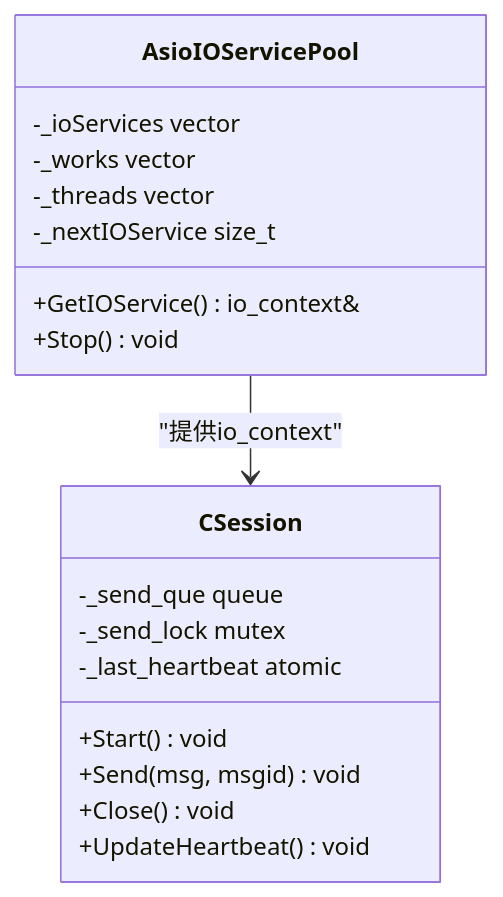
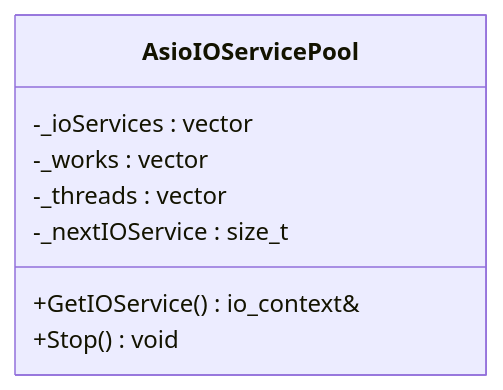
One commit to echo9923/mychatter changed the third of 6 diagrams in .qoder/repowiki/zh/content/性能优化/性能优化.md. Above: the diagram before and after it, drawn with Mermaid. The commit also changed other lines of this file and 526 other files, not shown here.

Commit message:
docs: 为ChatServer所有头文件添加详细Doxygen注释 - 为18个头文件的类、函数、成员变量添加完整的中文注释 - 包含类职责说明、参数描述、返回值说明 - 涵盖AsioIOServicePool/CServer/CSession/LogicSystem等核心模块 - 同时更新GateServer的VerifyGrpcClient.h注释

````diff
--- a/.qoder/repowiki/zh/content/性能优化/性能优化.md
+++ b/.qoder/repowiki/zh/content/性能优化/性能优化.md
@@ -169,21 +125,11 @@
 ```mermaid
 classDiagram
 class AsioIOServicePool {
 +GetIOService() io_context&
 +Stop() void
--_ioServices vector<io_context>
--_works vector<WorkPtr>
--_threads vector<thread>
--_nextIOService size_t
+-_ioServices : vector<io_context>
+-_works : vector<work_guard>
+-_threads : vector<thread>
+-_nextIOService : size_t
 }
-class CSession {
-+Start() void
-+Send(msg, msgid) void
-+Close() void
-+UpdateHeartbeat() void
--_send_que queue<SendNode>
--_send_lock mutex
--_last_heartbeat atomic<time_t>
-}
-AsioIOServicePool --> CSession : "提供io_context"
 ```
````
